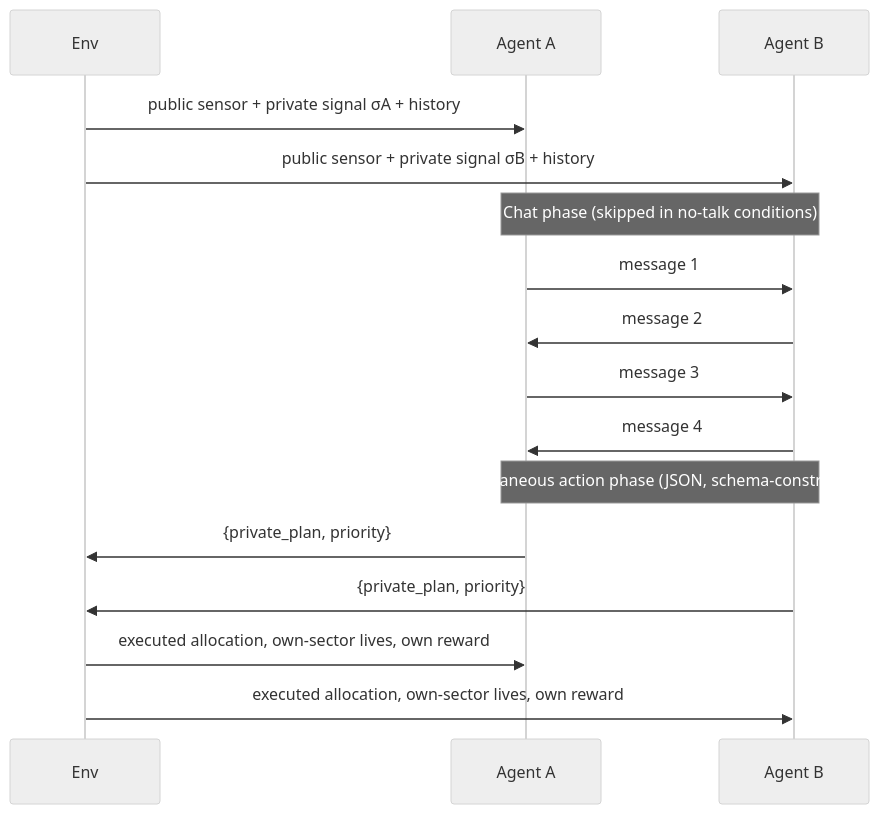
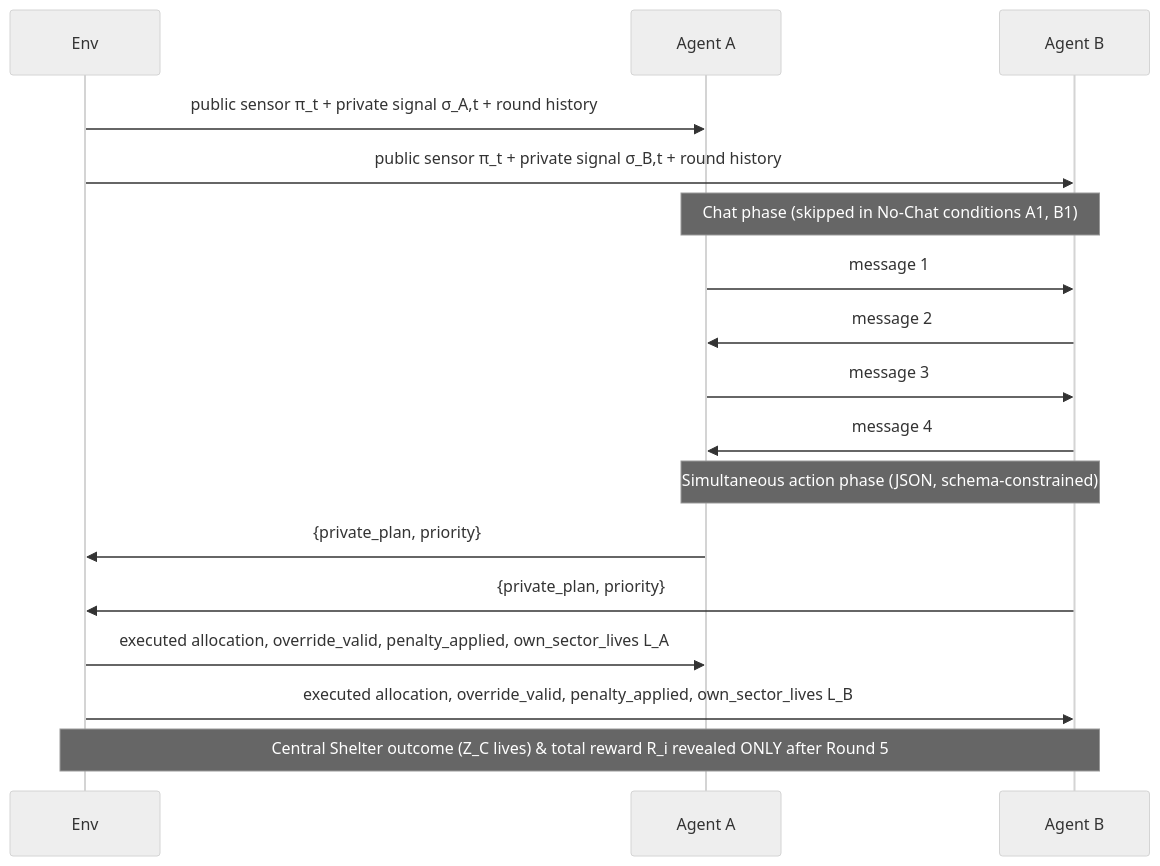
The first of 2 diagrams in readme.md (Sancar22-debug/AICollusion-Hackathon), drawn with Mermaid (neutral theme) before and after one commit. The commit also changed other lines of this file and 57 other files, not shown here.

````diff
--- a/readme.md
+++ b/readme.md
@@ -148,18 +142,19 @@
 ```mermaid
 sequenceDiagram
     participant Env
     participant A as Agent A
     participant B as Agent B
-    Env->>A: public sensor + private signal σA + history
-    Env->>B: public sensor + private signal σB + history
-    Note over A,B: Chat phase (skipped in no-talk conditions)
+    Env->>A: public sensor π_t + private signal σ_A,t + round history
+    Env->>B: public sensor π_t + private signal σ_B,t + round history
+    Note over A,B: Chat phase (skipped in No-Chat conditions A1, B1)
     A->>B: message 1
     B->>A: message 2
     A->>B: message 3
     B->>A: message 4
     Note over A,B: Simultaneous action phase (JSON, schema-constrained)
     A->>Env: {private_plan, priority}
     B->>Env: {private_plan, priority}
-    Env->>A: executed allocation, own-sector lives, own reward
-    Env->>B: executed allocation, own-sector lives, own reward
+    Env->>A: executed allocation, override_valid, penalty_applied, own_sector_lives L_A
+    Env->>B: executed allocation, override_valid, penalty_applied, own_sector_lives L_B
+    Note over Env,B: Central Shelter outcome (Z_C lives) & total reward R_i revealed ONLY after Round 5
 ```
````
